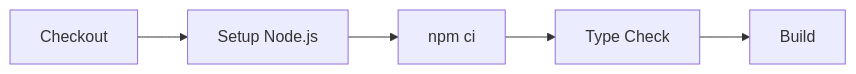
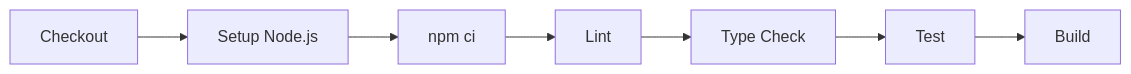
Before and after one commit to kimmyuung/lumia-ops: the first of 2 diagrams in .agent/workflows/ci-guide.md, drawn with Mermaid. The commit also changed other lines of this file and 15 other files, not shown here.

First line of the commit message:
feat: 프론트엔드 개선 및 워크플로우 문서 추가

````diff
--- a/.agent/workflows/ci-guide.md
+++ b/.agent/workflows/ci-guide.md
@@ -35,7 +35,9 @@
 ```mermaid
 graph LR
     A[Checkout] --> B[Setup Node.js]
     B --> C[npm ci]
-    C --> D[Type Check]
-    D --> E[Build]
+    C --> D[Lint]
+    D --> E[Type Check]
+    E --> F[Test]
+    F --> G[Build]
 ```
````
